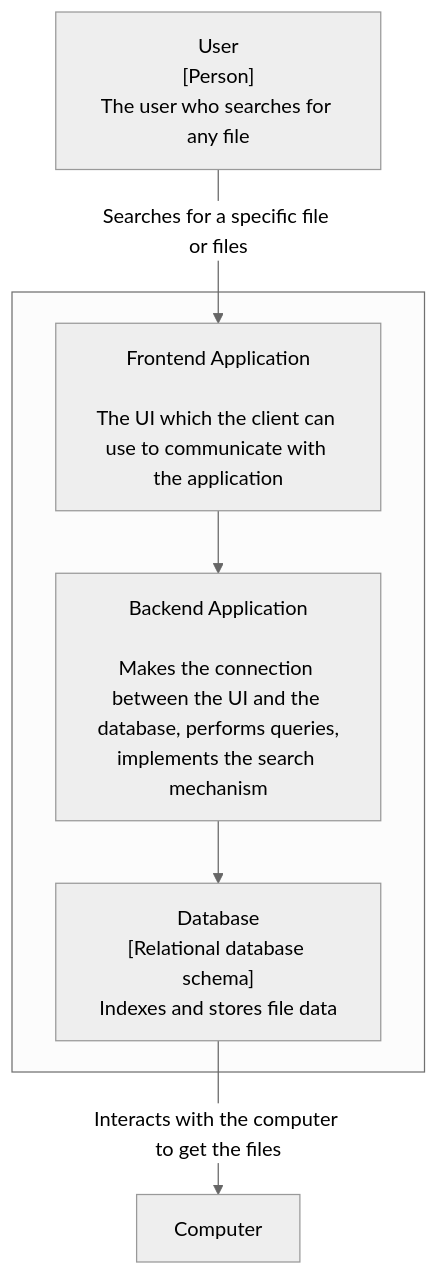
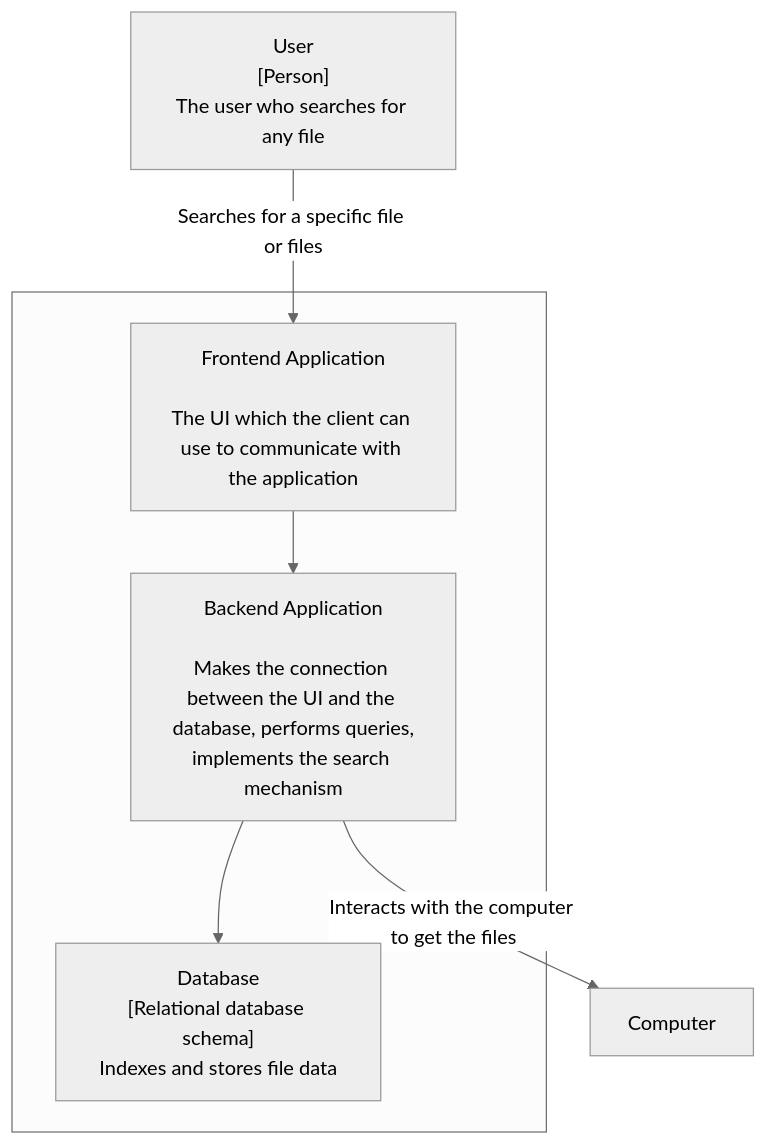
One commit to moldovanolimpiu/File-Search-Engine changed the second of 2 diagrams in ARCHITECTURE.md. Above: the diagram before and after it, drawn with Mermaid (neutral theme).

````diff
--- a/ARCHITECTURE.md
+++ b/ARCHITECTURE.md
@@ -14,15 +14,15 @@
 ``` mermaid
 
 flowchart TD
     subgraph Group1[" "]
         A
         B
         C
     end
     D["User\n[Person]\nThe user who searches for any file"] -->|Searches for a specific file or files| C
     C["Frontend Application\n\nThe UI which the client can use to communicate with the application"] --> A["Backend Application\n\nMakes the connection between the UI and the database, performs queries,
 implements the search mechanism"]
     A --> B["Database\n[Relational database schema]\nIndexes and stores file data"]
-    B-->|Interacts with the computer to get the files| E["Computer"]
+    A -->|Interacts with the computer to get the files| E["Computer"]
 
 ```
````
